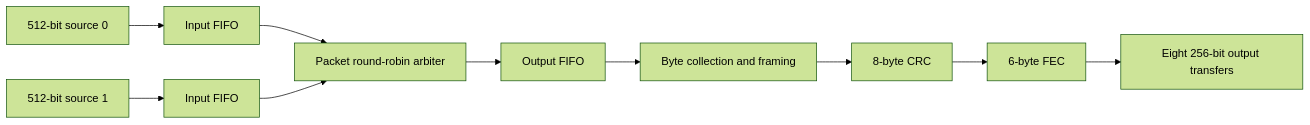
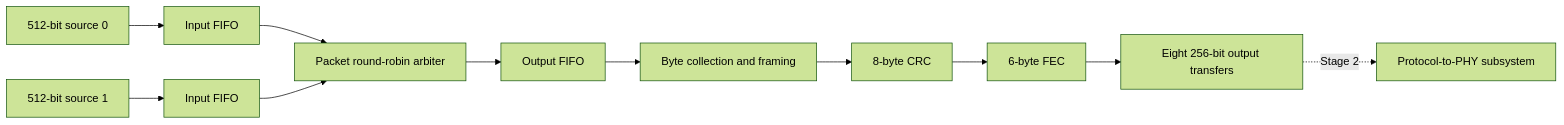
The first of 2 diagrams in README.md (cyberaionics/SemiCON-FabricATE), drawn with Mermaid (forest theme) before and after one commit. The commit also changed other lines of this file, not shown here.

First line of the commit message:
Document protocol-to-PHY subsystem integration

````diff
--- a/README.md
+++ b/README.md
@@ -37,12 +41,13 @@
 ```mermaid
 flowchart LR
     A[512-bit source 0] --> F0[Input FIFO]
     B[512-bit source 1] --> F1[Input FIFO]
     F0 --> ARB[Packet round-robin arbiter]
     F1 --> ARB
     ARB --> OF[Output FIFO]
     OF --> COL[Byte collection and framing]
     COL --> CRC[8-byte CRC]
     CRC --> FEC[6-byte FEC]
     FEC --> OUT[Eight 256-bit output transfers]
+    OUT -.Stage 2.-> PHY[Protocol-to-PHY subsystem]
 ```
````
